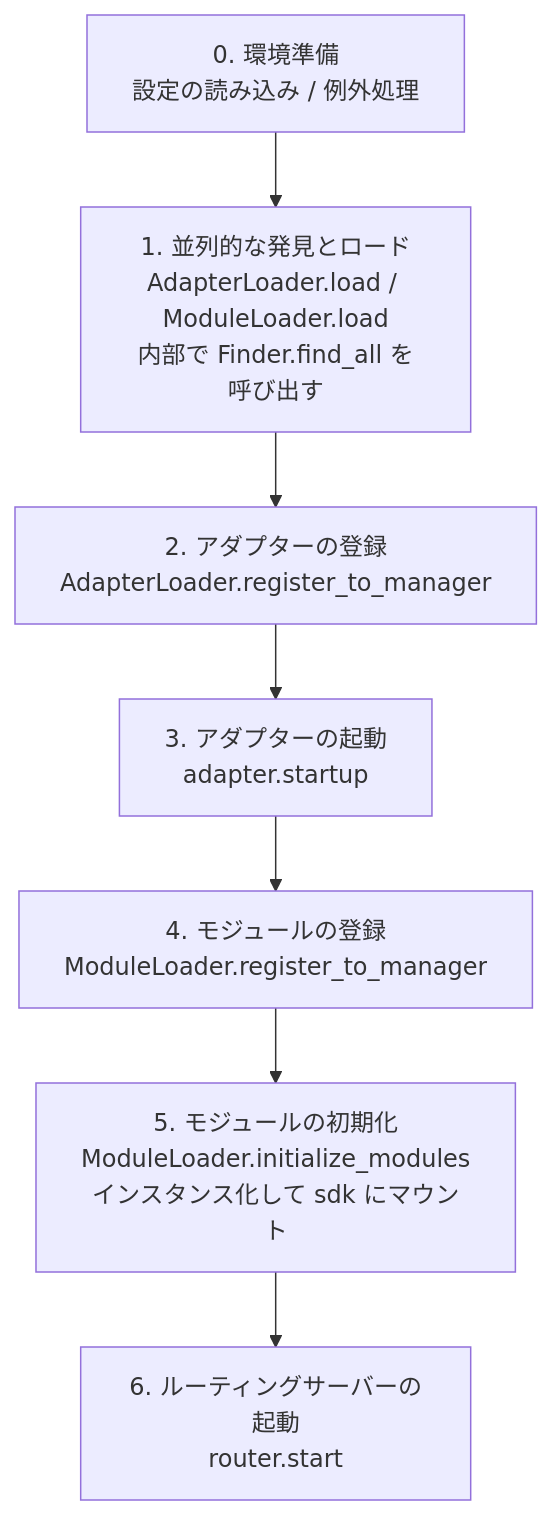
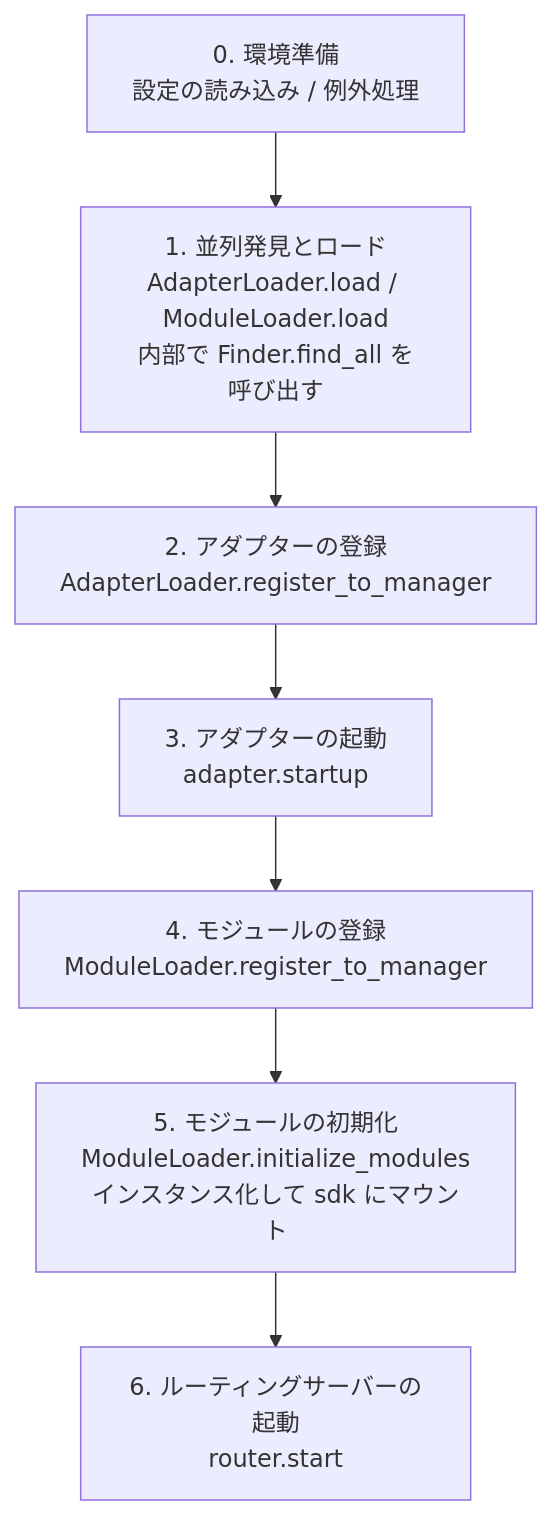
The diagram in docs/ja/advanced/startup.md (ErisPulse/ErisPulse), drawn with Mermaid before and after one commit. The commit also changed other lines of this file and 17 other files, not shown here.

````diff
--- a/docs/ja/advanced/startup.md
+++ b/docs/ja/advanced/startup.md
@@ -30,10 +30,10 @@
 ```mermaid
 flowchart TD
     A[0. 環境準備<br/>設定の読み込み / 例外処理] --> B
-    B[1. 並列的な発見とロード<br/>AdapterLoader.load / ModuleLoader.load<br/>内部で Finder.find_all を呼び出す] --> C
+    B[1. 並列発見とロード<br/>AdapterLoader.load / ModuleLoader.load<br/>内部で Finder.find_all を呼び出す] --> C
     C[2. アダプターの登録<br/>AdapterLoader.register_to_manager] --> D
     D[3. アダプターの起動<br/>adapter.startup] --> E
     E[4. モジュールの登録<br/>ModuleLoader.register_to_manager] --> F
     F[5. モジュールの初期化<br/>ModuleLoader.initialize_modules<br/>インスタンス化して sdk にマウント] --> G
     G[6. ルーティングサーバーの起動<br/>router.start]
 ```
````
